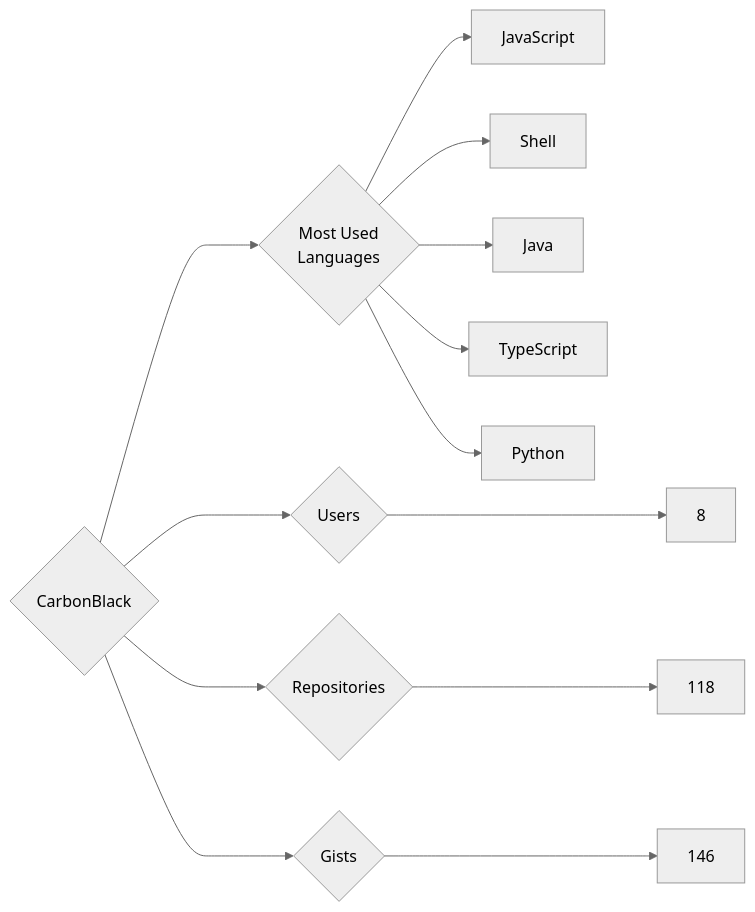
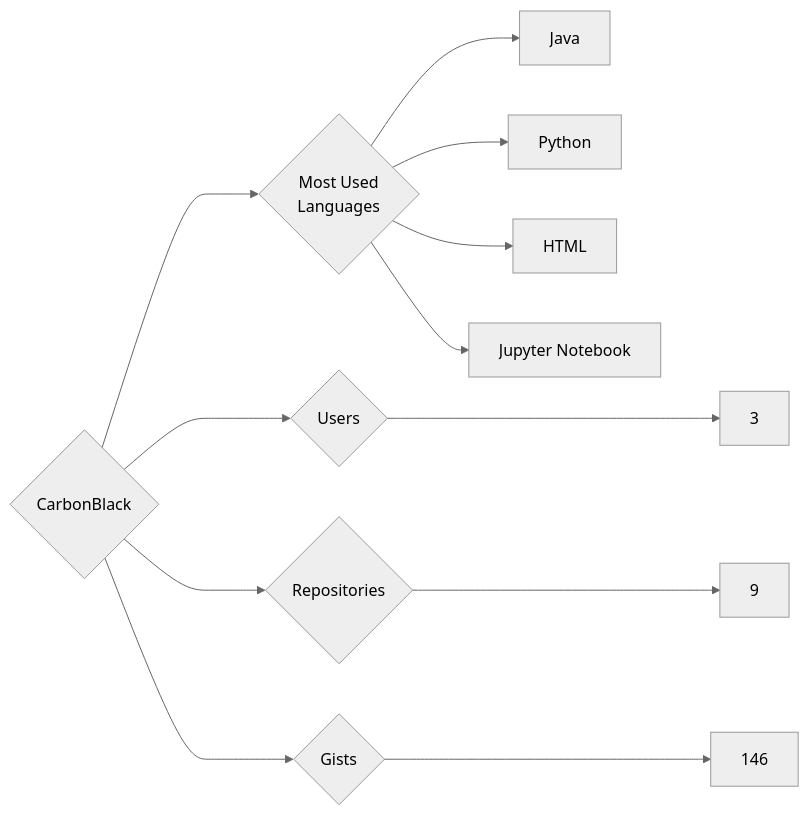
Before and after one commit to trickest/insiders: the diagram in targets/CarbonBlack/README.md, drawn with Mermaid (neutral theme). The commit also changed 1148 other files, not shown here.

````diff
--- a/targets/CarbonBlack/README.md
+++ b/targets/CarbonBlack/README.md
@@ -3,13 +3,12 @@
 ```mermaid
 graph LR
 COMPANY_NAME{CarbonBlack}
-COMPANY_NAME ---> U{Users} ---> UN[8]
-COMPANY_NAME ---> R{Repositories} ---> RN[118]
+COMPANY_NAME ---> U{Users} ---> UN[3]
+COMPANY_NAME ---> R{Repositories} ---> RN[9]
 COMPANY_NAME ---> G{Gists} ---> GN[146]
 COMPANY_NAME ---> ML{Most Used<br>Languages}
-ML --> JavaScript[JavaScript]
-ML --> Shell[Shell]
 ML --> Java[Java]
-ML --> TypeScript[TypeScript]
 ML --> Python[Python]
+ML --> HTML[HTML]
+ML --> Jupyter_Notebook[Jupyter Notebook]
 ```
````
